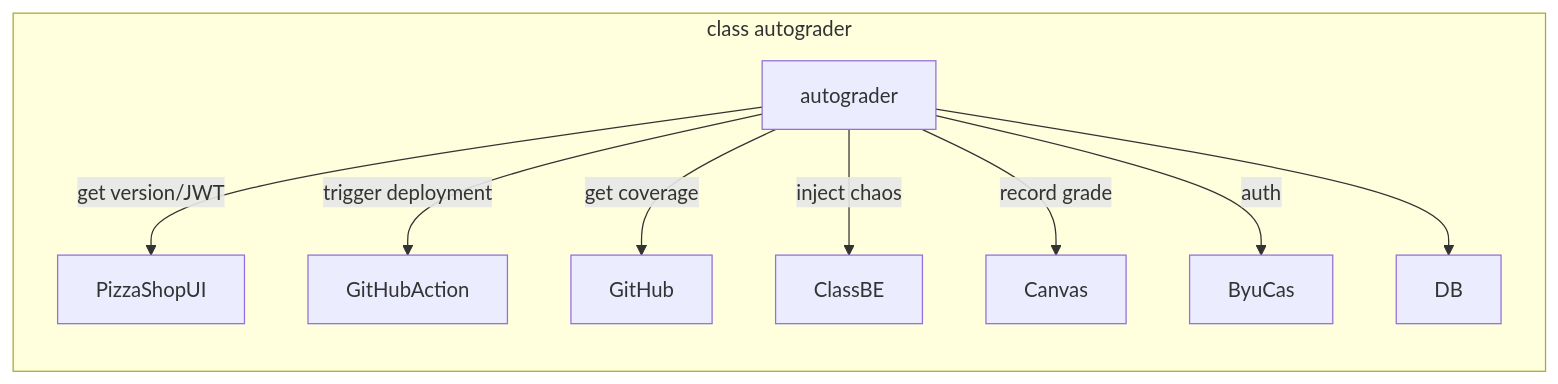
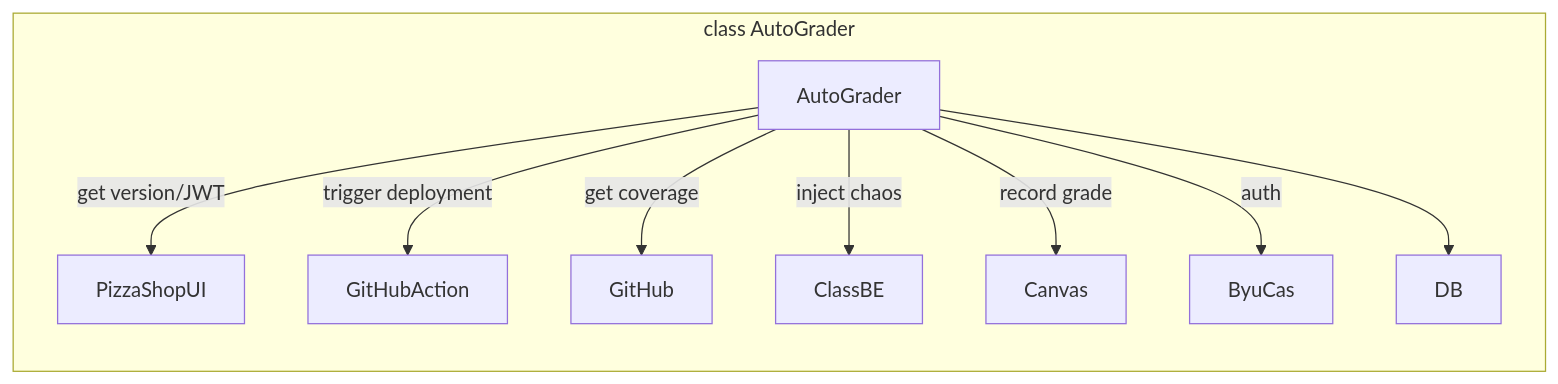
One commit to devops329/devops changed the third of 3 diagrams in courseDevelopmentNotes.md. Above: the diagram before and after it, drawn with Mermaid. The commit also changed other lines of this file and 15 other files, not shown here.

````diff
--- a/courseDevelopmentNotes.md
+++ b/courseDevelopmentNotes.md
@@ -220,12 +220,12 @@
 ```mermaid
 graph LR;
-    subgraph class autograder
-    autograder-->|get version/JWT|PizzaShopUI
-    autograder-->|trigger deployment|GitHubAction
-    autograder-->|get coverage|GitHub
-    autograder-->|inject chaos|ClassBE
-    autograder-->|record grade|Canvas
-    autograder-->|auth|ByuCas
-    autograder-->DB
+    subgraph class AutoGrader
+    AutoGrader-->|get version/JWT|PizzaShopUI
+    AutoGrader-->|trigger deployment|GitHubAction
+    AutoGrader-->|get coverage|GitHub
+    AutoGrader-->|inject chaos|ClassBE
+    AutoGrader-->|record grade|Canvas
+    AutoGrader-->|auth|ByuCas
+    AutoGrader-->DB
     end
 ```
````
